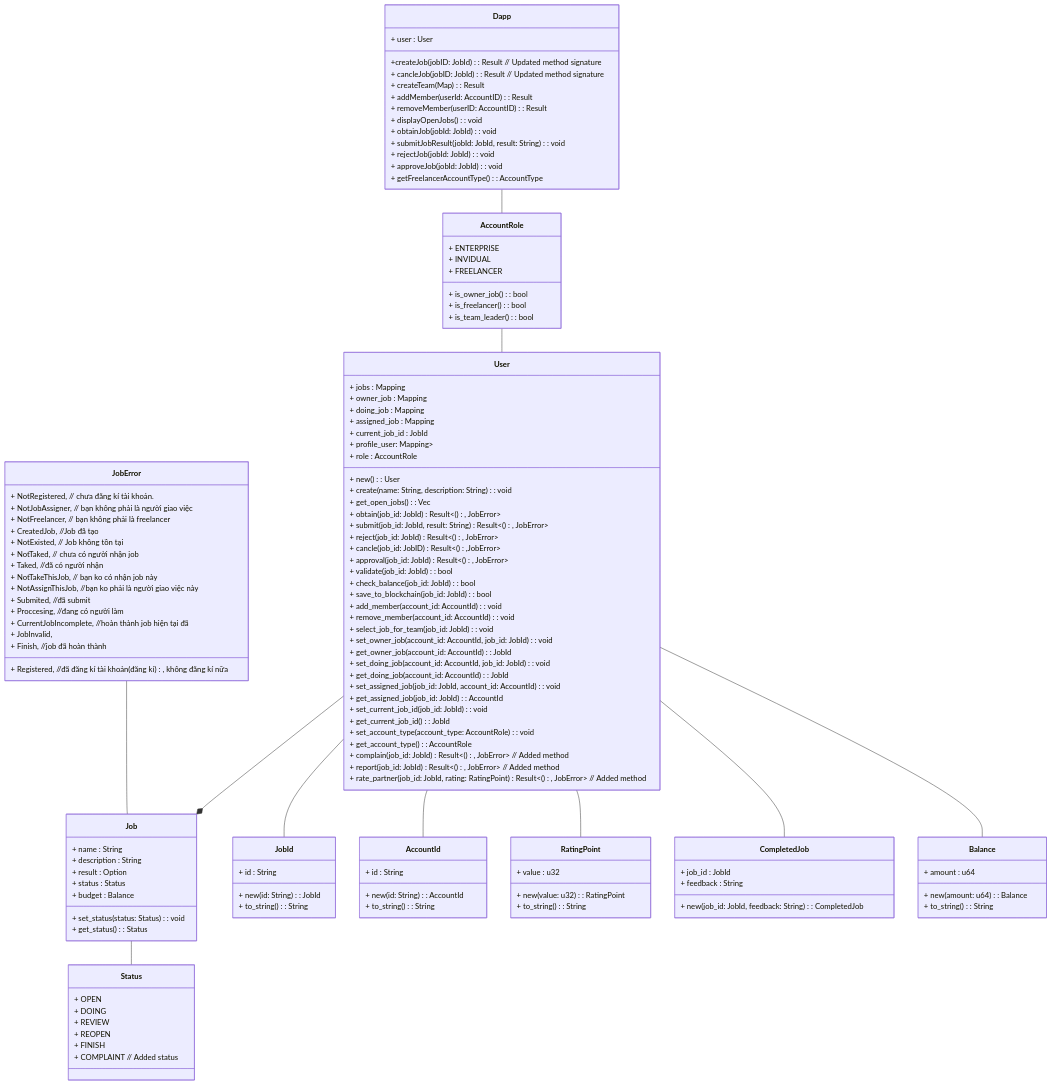
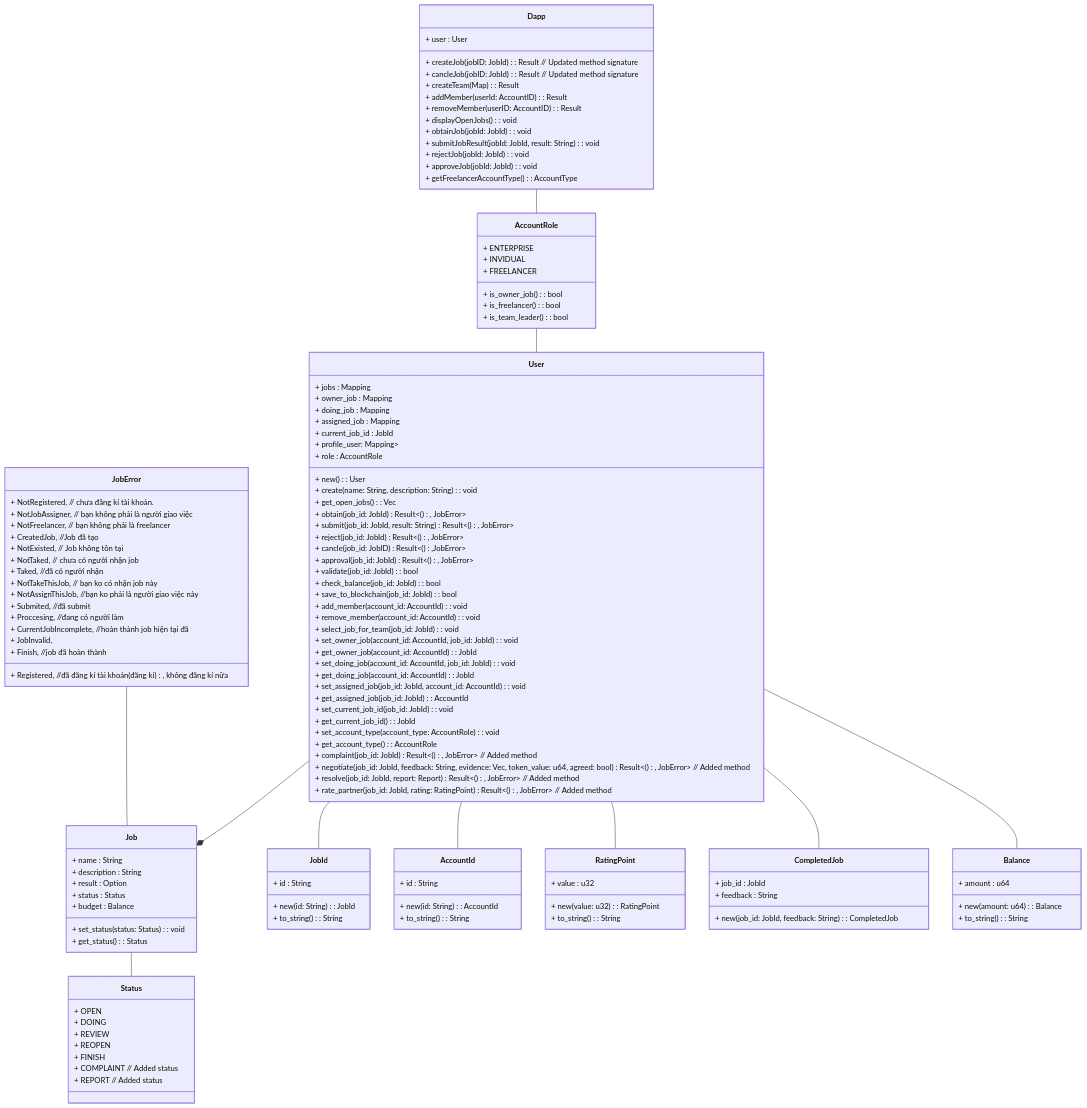
The diagram in README.md (lamha79/freelankakot), drawn with Mermaid before and after one commit. The commit also changed 1 other file, not shown here.

Commit message:
Create complaint function

```diff
--- a/README.md
+++ b/README.md
@@ -43,8 +43,9 @@
     + get_current_job_id() : JobId
     + set_account_type(account_type: AccountRole) : void
     + get_account_type() : AccountRole
-    + complain(job_id: JobId) : Result<(), JobError> // Added method
-    + report(job_id: JobId) : Result<(), JobError> // Added method
+    + complaint(job_id: JobId) : Result<(), JobError> // Added method
+    + negotiate(job_id: JobId, feedback: String, evidence: Vec<String>, token_value: u64, agreed: bool) : Result<(), JobError> // Added method
+    + resolve(job_id: JobId, report: Report) : Result<(), JobError> // Added method
     + rate_partner(job_id: JobId, rating: RatingPoint) : Result<(), JobError> // Added method
   }
 
@@ -65,6 +66,7 @@
     + REOPEN
     + FINISH
     + COMPLAINT // Added status
+    + REPORT // Added status
 
   }
 
@@ -127,7 +129,7 @@
 
   class Dapp {
     + user : User
-    +createJob(jobID: JobId): Result // Updated method signature
+    + createJob(jobID: JobId): Result // Updated method signature
     + cancleJob(jobID: JobId): Result // Updated method signature
     + createTeam(Map<String, String>): Result
     + addMember(userId: AccountID): Result
```
